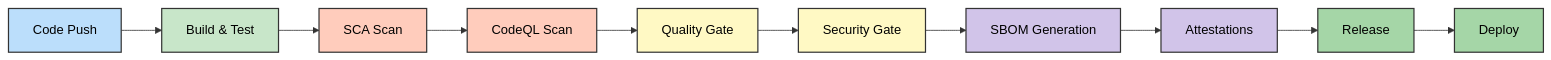
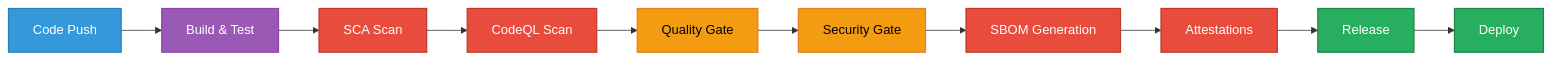
The first of 16 diagrams in WORKFLOWS.md (Hack23/euparliamentmonitor), drawn with Mermaid before and after one commit. The commit also changed other lines of this file, not shown here.

First line of the commit message:
Apply review feedback: standardize Mermaid color palette, fix hardening measure accuracy

````diff
--- a/WORKFLOWS.md
+++ b/WORKFLOWS.md
@@ -136,26 +136,25 @@
 ```mermaid
 graph LR
     A[Code Push] --> B[Build & Test]
     B --> C[SCA Scan]
     C --> D[CodeQL Scan]
     D --> E[Quality Gate]
     E --> F[Security Gate]
     F --> G[SBOM Generation]
     G --> H[Attestations]
     H --> I[Release]
     I --> J[Deploy]
 
-    classDef trigger fill:#bbdefb,stroke:#333,stroke-width:1.5px,color:black
-    classDef test fill:#c8e6c9,stroke:#333,stroke-width:1.5px,color:black
-    classDef security fill:#ffccbc,stroke:#333,stroke-width:1.5px,color:black
-    classDef gate fill:#fff9c4,stroke:#333,stroke-width:1.5px,color:black
-    classDef integrity fill:#d1c4e9,stroke:#333,stroke-width:1.5px,color:black
-    classDef deploy fill:#a5d6a7,stroke:#333,stroke-width:1.5px,color:black
+    classDef trigger fill:#3498db,stroke:#2980b9,stroke-width:1.5px,color:white
+    classDef process fill:#9b59b6,stroke:#8e44ad,stroke-width:1.5px,color:white
+    classDef security fill:#e74c3c,stroke:#c0392b,stroke-width:1.5px,color:white
+    classDef decision fill:#f39c12,stroke:#e67e22,stroke-width:1.5px,color:black
+    classDef success fill:#27ae60,stroke:#1e8449,stroke-width:1.5px,color:white
 
     class A trigger
-    class B test
+    class B process
     class C,D security
-    class E,F gate
-    class G,H integrity
-    class I,J deploy
+    class E,F decision
+    class G,H security
+    class I,J success
 ```
````
